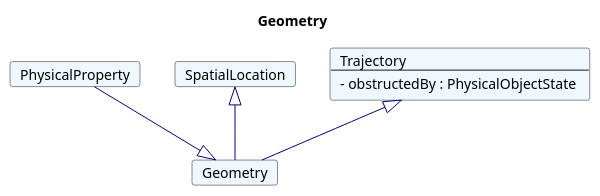
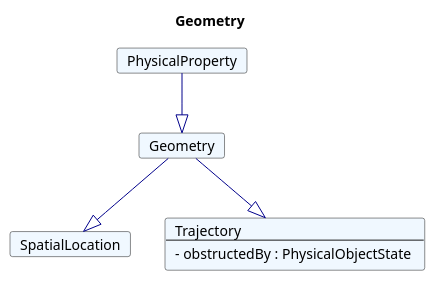
The diagram in fragments/puml/Geometry.plantuml (rtigran/rdf2adoc), drawn with PlantUML before and after one commit. The commit also changed 111 other files, not shown here.

Commit message:
fix for diagram plantuml, diagram generartion switchded off

```diff
--- a/fragments/puml/Geometry.plantuml
+++ b/fragments/puml/Geometry.plantuml
@@ -1,21 +1,21 @@
 @startuml
 Title Geometry 
 
 Card Geometry #F0F8FF [
 Geometry
 ]
 Card PhysicalProperty #F0F8FF [
 PhysicalProperty
 ]
 PhysicalProperty --|> Geometry  #00008B 
 Card SpatialLocation #F0F8FF [
 SpatialLocation
 ]
-SpatialLocation <|-- Geometry  #00008B 
+Geometry --|> SpatialLocation  #00008B 
 Card Trajectory #F0F8FF [
 Trajectory
 ----
 - obstructedBy : PhysicalObjectState 
 ]
-Trajectory <|-- Geometry  #00008B 
+Geometry --|> Trajectory  #00008B 
 @enduml
```
